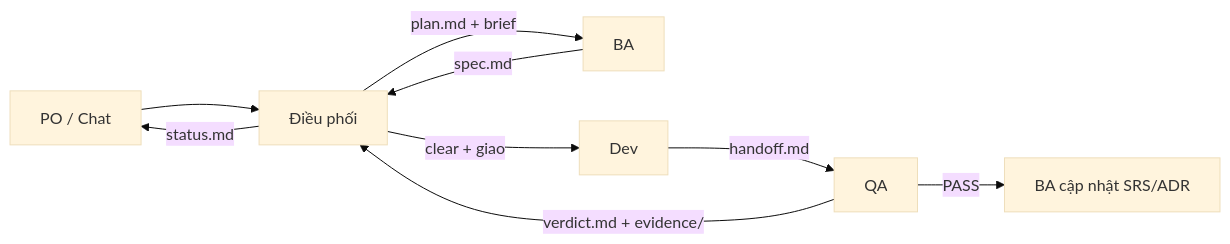
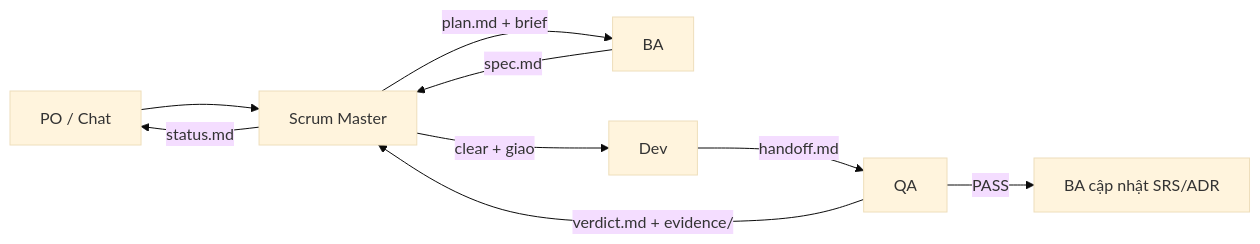
The diagram in AGENTS.md (hvantoan/dev-team), drawn with Mermaid (base theme) before and after one commit. The commit also changed other lines of this file and 3 other files, not shown here.

````diff
--- a/AGENTS.md
+++ b/AGENTS.md
@@ -47,11 +47,11 @@
 ```mermaid
 flowchart LR
-    U[PO / Chat] --> C[Điều phối]
+    U[PO / Chat] --> C[Scrum Master]
     C -->|plan.md + brief| B[BA]
     B -->|spec.md| C
     C -->|clear + giao| D[Dev]
     D -->|handoff.md| Q[QA]
     Q -->|verdict.md + evidence/| C
     Q -->|PASS| B2[BA cập nhật SRS/ADR]
     C -->|status.md| U
 ```
````
